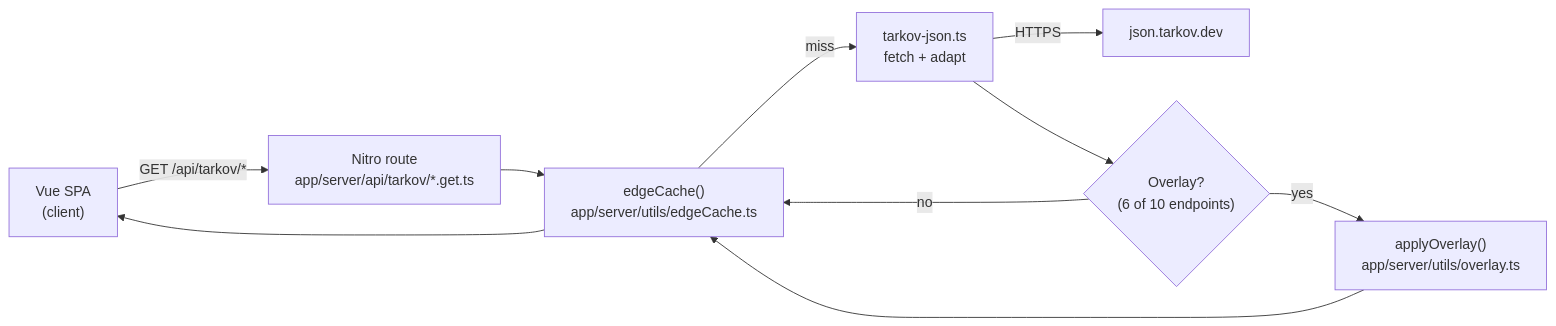
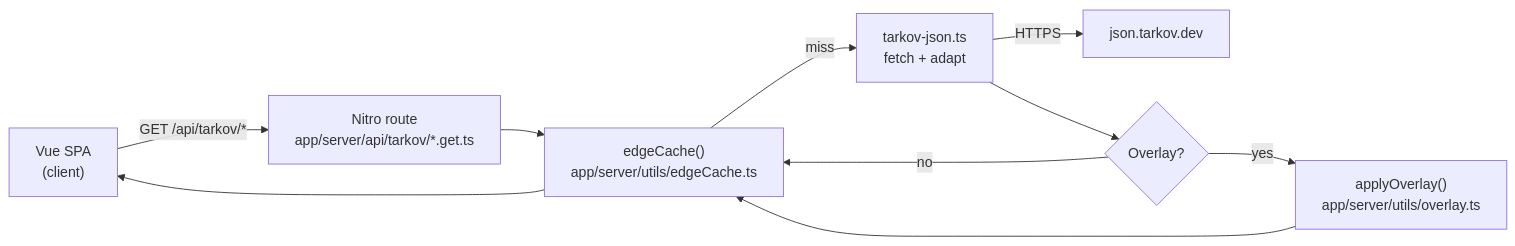
The first of 9 diagrams in docs/SYSTEMS.md (tarkovtracker-org/TarkovTracker), drawn with Mermaid before and after one commit. The commit also changed other lines of this file and 23 other files, not shown here.

````diff
--- a/docs/SYSTEMS.md
+++ b/docs/SYSTEMS.md
@@ -102,12 +102,12 @@
 ```mermaid
 flowchart LR
     Browser["Vue SPA<br/>(client)"] -->|GET /api/tarkov/*| Route["Nitro route<br/>app/server/api/tarkov/*.get.ts"]
     Route --> Cache["edgeCache()<br/>app/server/utils/edgeCache.ts"]
     Cache -->|miss| Fetch["tarkov-json.ts<br/>fetch + adapt"]
     Fetch -->|HTTPS| Upstream["json.tarkov.dev"]
-    Fetch --> Overlay{"Overlay?<br/>(6 of 10 endpoints)"}
+    Fetch --> Overlay{"Overlay?"}
     Overlay -->|yes| ApplyOverlay["applyOverlay()<br/>app/server/utils/overlay.ts"]
     Overlay -->|no| Cache
     ApplyOverlay --> Cache
     Cache --> Browser
 ```
````
